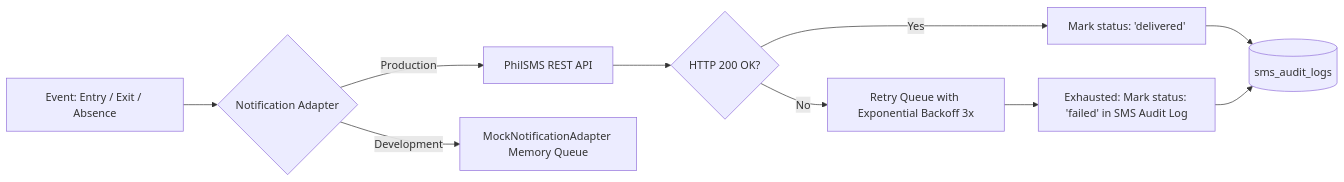
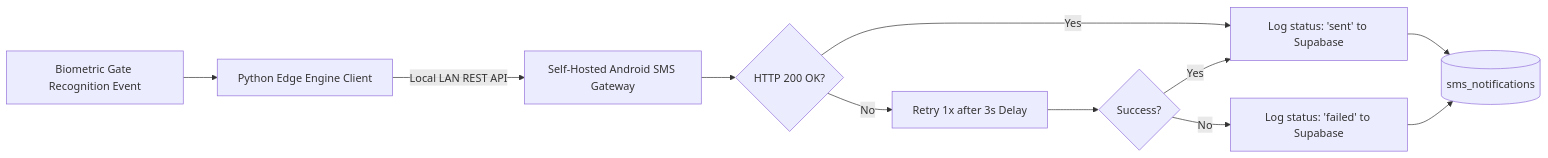
Before and after one commit to ddebi18/SRNHS-WEBAPP: the seventh of 11 diagrams in SYSTEM_DESIGN.md, drawn with Mermaid. The commit also changed other lines of this file and 8 other files, not shown here.

Commit message:
feat(sms): replace PhilSMS with self-hosted Android SMS gateway

````diff
--- a/SYSTEM_DESIGN.md
+++ b/SYSTEM_DESIGN.md
@@ -431,12 +431,13 @@
 ```mermaid
 flowchart LR
-    Event[Event: Entry / Exit / Absence] --> Adapter{Notification Adapter}
-    Adapter -->|Production| Gateway[PhilSMS REST API]
-    Adapter -->|Development| Mock[MockNotificationAdapter Memory Queue]
+    Event[Biometric Gate Recognition Event] --> EdgeEngine[Python Edge Engine Client]
+    EdgeEngine -->|Local LAN REST API| Gateway[Self-Hosted Android SMS Gateway]
     Gateway --> Status{HTTP 200 OK?}
-    Status -->|Yes| Delivered[Mark status: 'delivered']
-    Status -->|No| Retry[Retry Queue with Exponential Backoff 3x]
-    Retry --> Failed[Exhausted: Mark status: 'failed' in SMS Audit Log]
-    Delivered --> AuditTable[(sms_audit_logs)]
+    Status -->|Yes| Delivered[Log status: 'sent' to Supabase]
+    Status -->|No| Retry[Retry 1x after 3s Delay]
+    Retry --> RetryCheck{Success?}
+    RetryCheck -->|Yes| Delivered
+    RetryCheck -->|No| Failed[Log status: 'failed' to Supabase]
+    Delivered --> AuditTable[(sms_notifications)]
     Failed --> AuditTable
 ```
````
